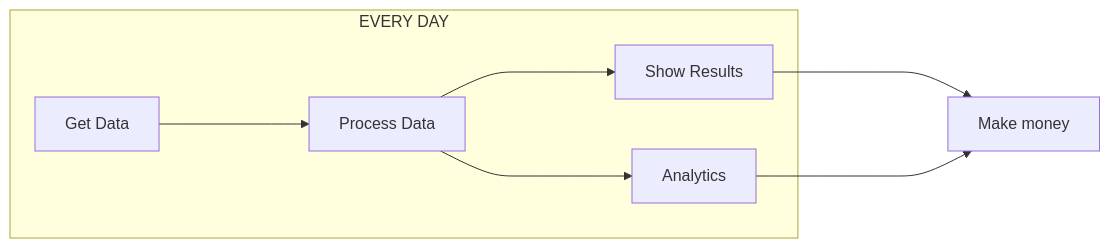
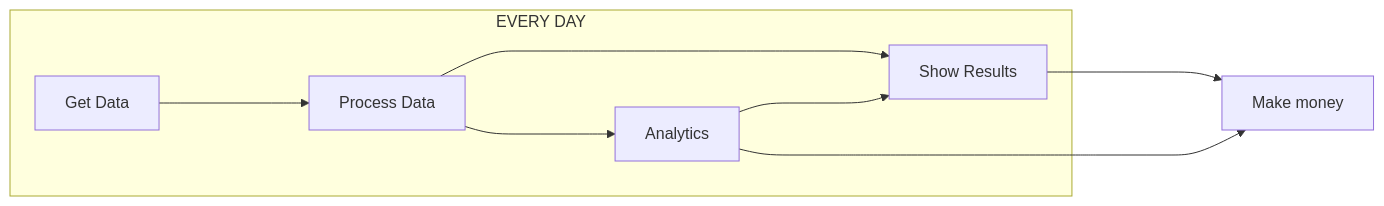
The diagram in README.md (moisesosorio/moisesosorio), drawn with Mermaid before and after one commit.

Commit message:
Update README.md
emoticons

````diff
--- a/README.md
+++ b/README.md
@@ -12,10 +12,11 @@
 ```mermaid
 flowchart LR
     subgraph EVERY DAY
         A["Get Data"]---->B["Process Data"]
         B["Process Data"]---->C["Show Results"]
         B["Process Data"]---->D["Analytics"]
+        D["Analytics"]---->C["Show Results"]
     end
         C["Show Results"]---->E["Make money"]
         D["Analytics"]---->E["Make money"]
 ```
````
